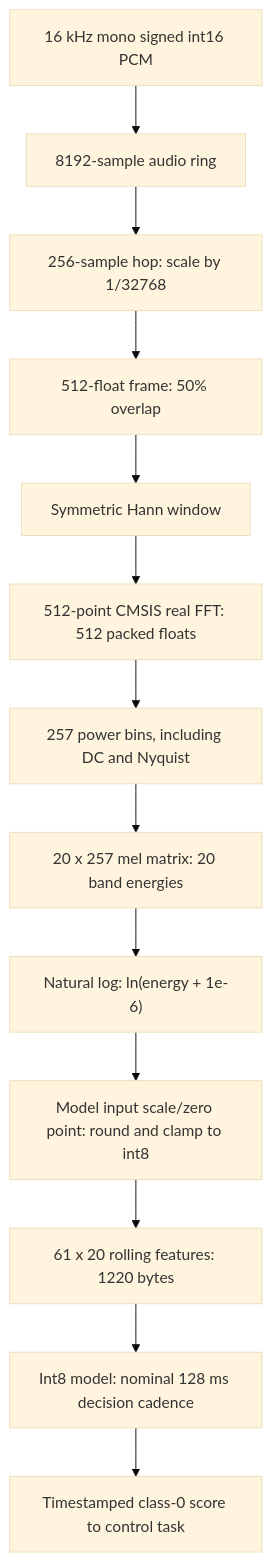
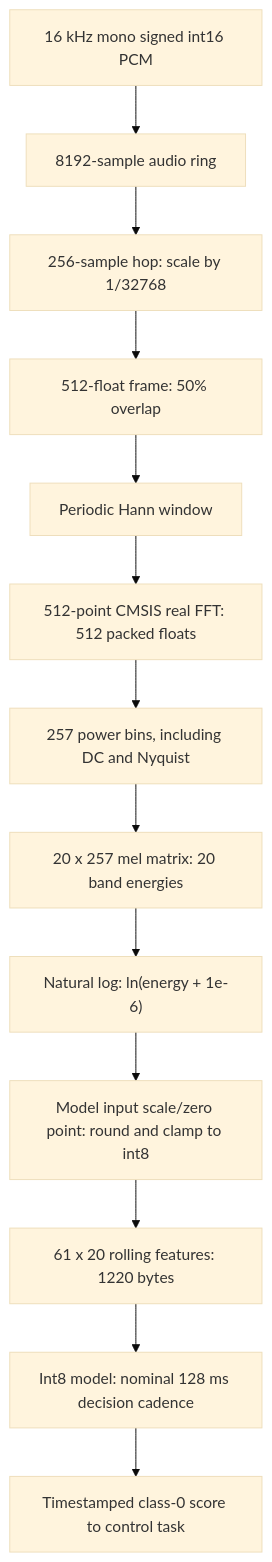
Before and after one commit to NetKit-Labs/kwskit: the diagram in docs/dsp-pipeline.md, drawn with Mermaid (base theme). The commit also changed other lines of this file and 14 other files, not shown here.

First line of the commit message:
Match the training notebook's periodic Hann window

````diff
--- a/docs/dsp-pipeline.md
+++ b/docs/dsp-pipeline.md
@@ -12,15 +12,15 @@
 ```mermaid
 flowchart TD
     PCM["16 kHz mono signed int16 PCM"] --> RING["8192-sample audio ring"]
     RING --> HOP["256-sample hop: scale by 1/32768"]
     HOP --> FRAME["512-float frame: 50% overlap"]
-    FRAME --> HANN["Symmetric Hann window"]
+    FRAME --> HANN["Periodic Hann window"]
     HANN --> FFT["512-point CMSIS real FFT: 512 packed floats"]
     FFT --> POWER["257 power bins, including DC and Nyquist"]
     POWER --> MEL["20 x 257 mel matrix: 20 band energies"]
     MEL --> LOG["Natural log: ln(energy + 1e-6)"]
     LOG --> INT8["Model input scale/zero point: round and clamp to int8"]
     INT8 --> CONTEXT["61 x 20 rolling features: 1220 bytes"]
     CONTEXT --> MODEL["Int8 model: nominal 128 ms decision cadence"]
     MODEL --> SCORE["Timestamped class-0 score to control task"]
 ```
````
